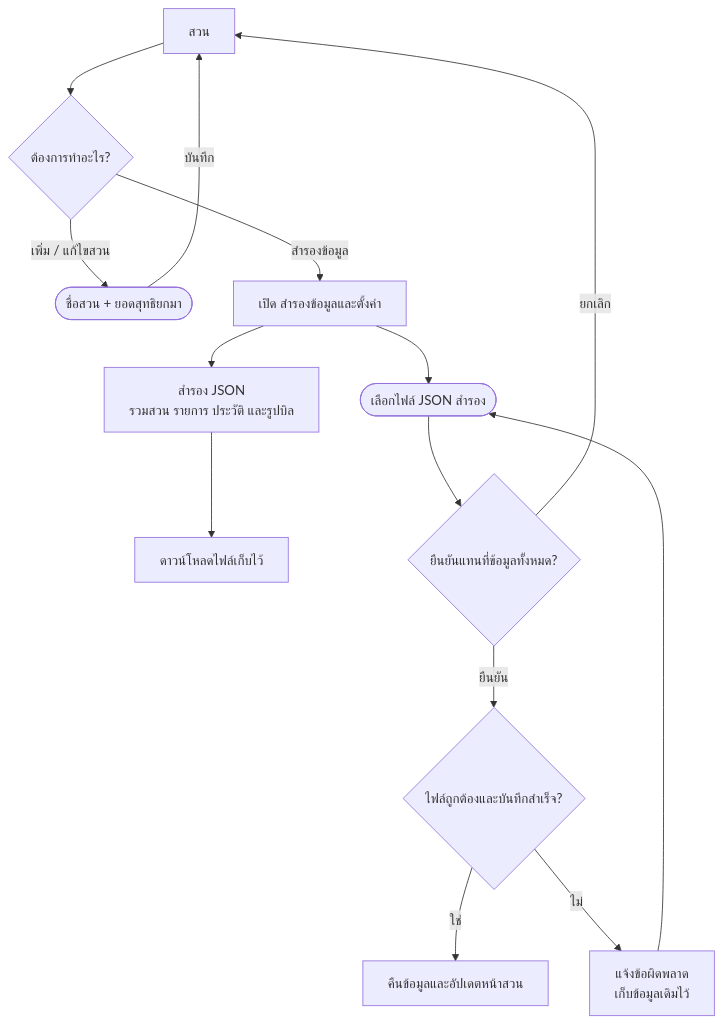
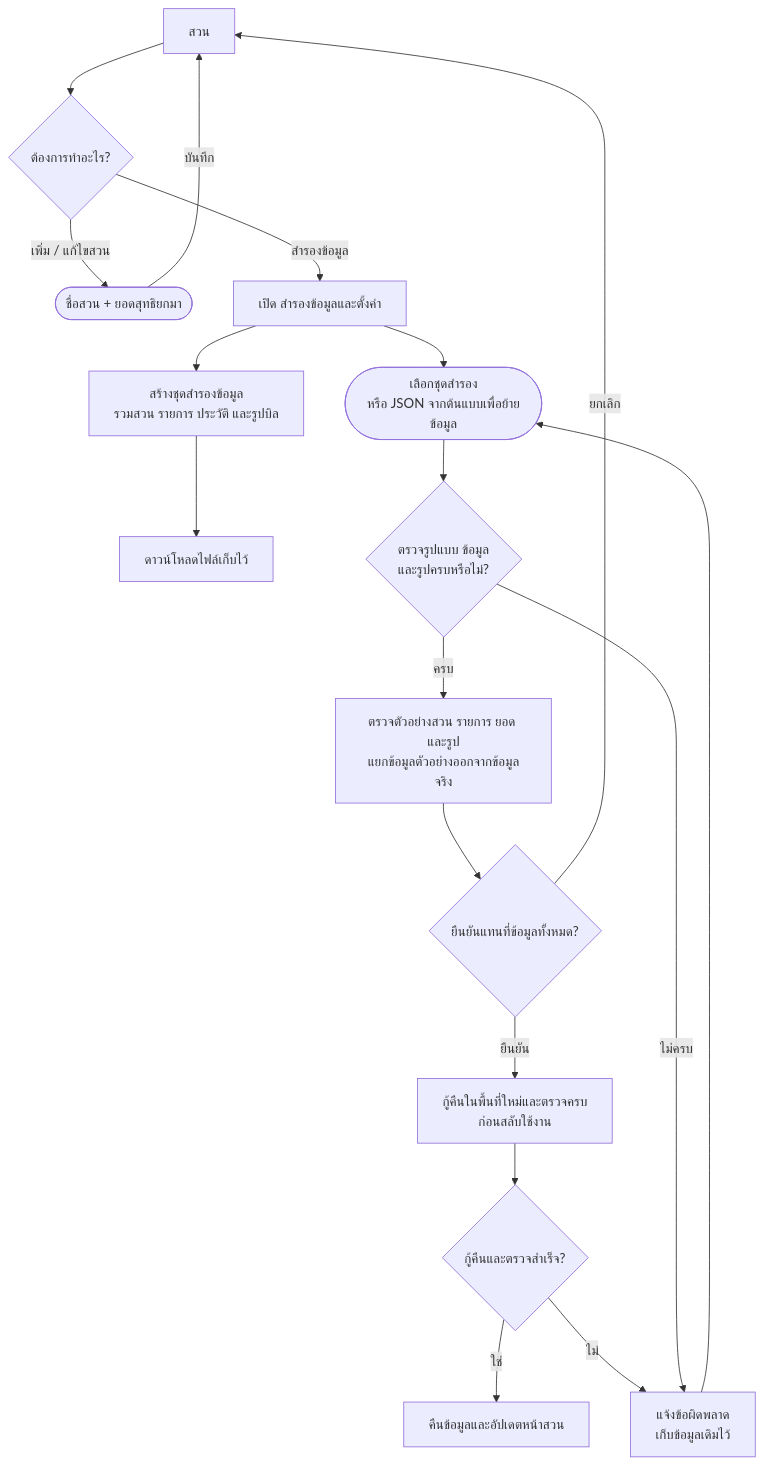
One commit to SitthiwatR/palm-ledger changed the tenth of 12 diagrams in user-flow.md. Above: the diagram before and after it, drawn with Mermaid. The commit also changed other lines of this file and 3 other files, not shown here.

Commit message:
docs: define Supabase architecture and ten-step implementation plan

````diff
--- a/user-flow.md
+++ b/user-flow.md
@@ -161,16 +207,20 @@
 ```mermaid
 flowchart TD
     Gardens["สวน"] --> Action{"ต้องการทำอะไร?"}
     Action -->|"เพิ่ม / แก้ไขสวน"| GardenForm(["ชื่อสวน + ยอดสุทธิยกมา"])
     GardenForm -->|"บันทึก"| Gardens
     Action -->|"สำรองข้อมูล"| Settings["เปิด สำรองข้อมูลและตั้งค่า"]
-    Settings --> Export["สำรอง JSON<br/>รวมสวน รายการ ประวัติ และรูปบิล"]
+    Settings --> Export["สร้างชุดสำรองข้อมูล<br/>รวมสวน รายการ ประวัติ และรูปบิล"]
     Export --> File["ดาวน์โหลดไฟล์เก็บไว้"]
-    Settings --> Import(["เลือกไฟล์ JSON สำรอง"])
-    Import --> Confirm{"ยืนยันแทนที่ข้อมูลทั้งหมด?"}
-    Confirm -->|"ยืนยัน"| Validate{"ไฟล์ถูกต้องและบันทึกสำเร็จ?"}
+    Settings --> Import(["เลือกชุดสำรอง<br/>หรือ JSON จากต้นแบบเพื่อย้ายข้อมูล"])
+    Import --> Validate{"ตรวจรูปแบบ ข้อมูล<br/>และรูปครบหรือไม่?"}
+    Validate -->|"ครบ"| Preview["ตรวจตัวอย่างสวน รายการ ยอด และรูป<br/>แยกข้อมูลตัวอย่างออกจากข้อมูลจริง"]
+    Preview --> Confirm{"ยืนยันแทนที่ข้อมูลทั้งหมด?"}
+    Confirm -->|"ยืนยัน"| Restore["กู้คืนในพื้นที่ใหม่และตรวจครบ<br/>ก่อนสลับใช้งาน"]
     Confirm -->|"ยกเลิก"| Gardens
-    Validate -->|"ใช่"| Restored["คืนข้อมูลและอัปเดตหน้าสวน"]
-    Validate -->|"ไม่"| Error["แจ้งข้อผิดพลาด<br/>เก็บข้อมูลเดิมไว้"]
+    Restore --> Success{"กู้คืนและตรวจสำเร็จ?"}
+    Success -->|"ใช่"| Restored["คืนข้อมูลและอัปเดตหน้าสวน"]
+    Success -->|"ไม่"| Error["แจ้งข้อผิดพลาด<br/>เก็บข้อมูลเดิมไว้"]
+    Validate -->|"ไม่ครบ"| Error
     Error --> Import
 ```
````
